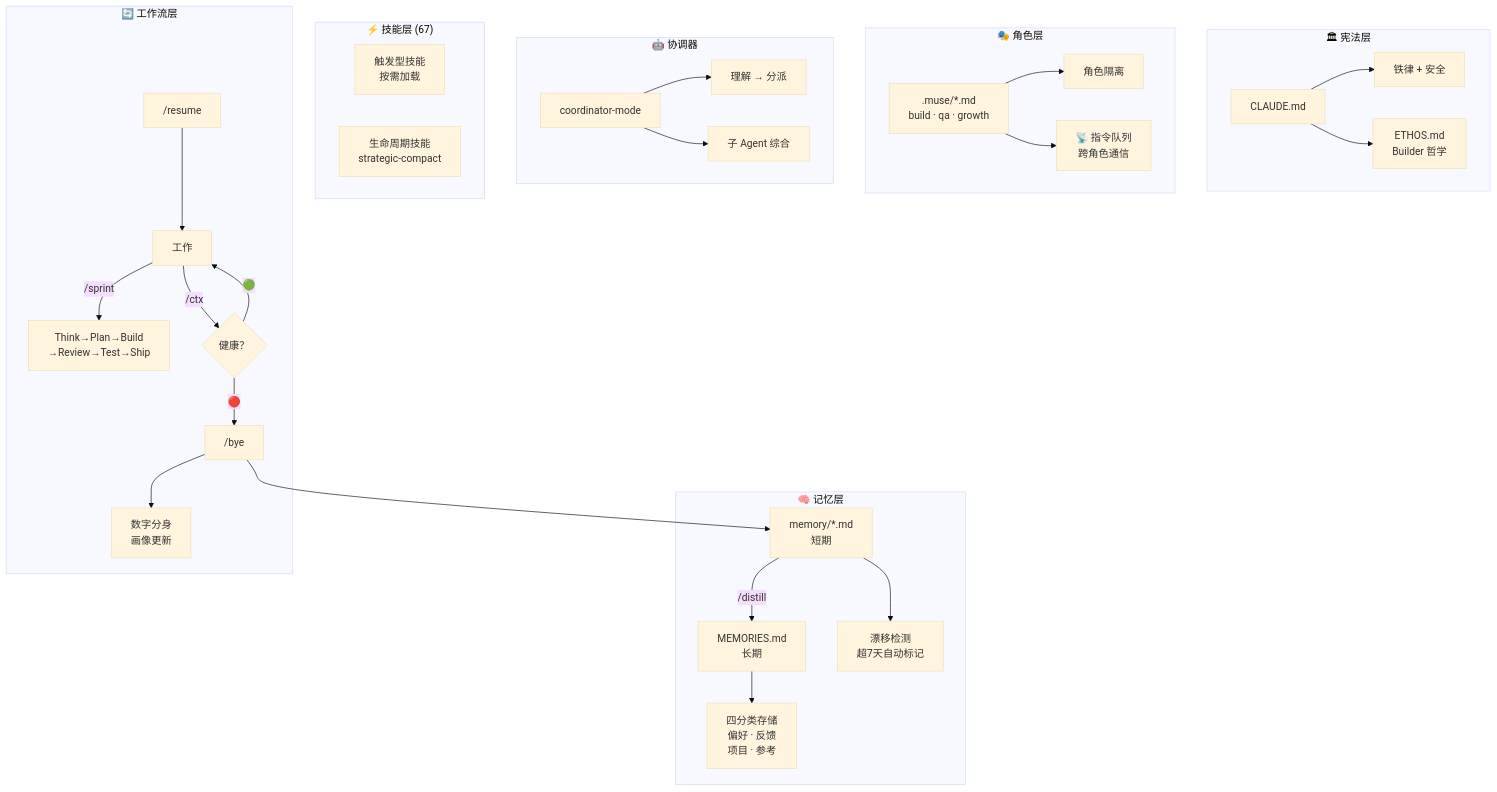
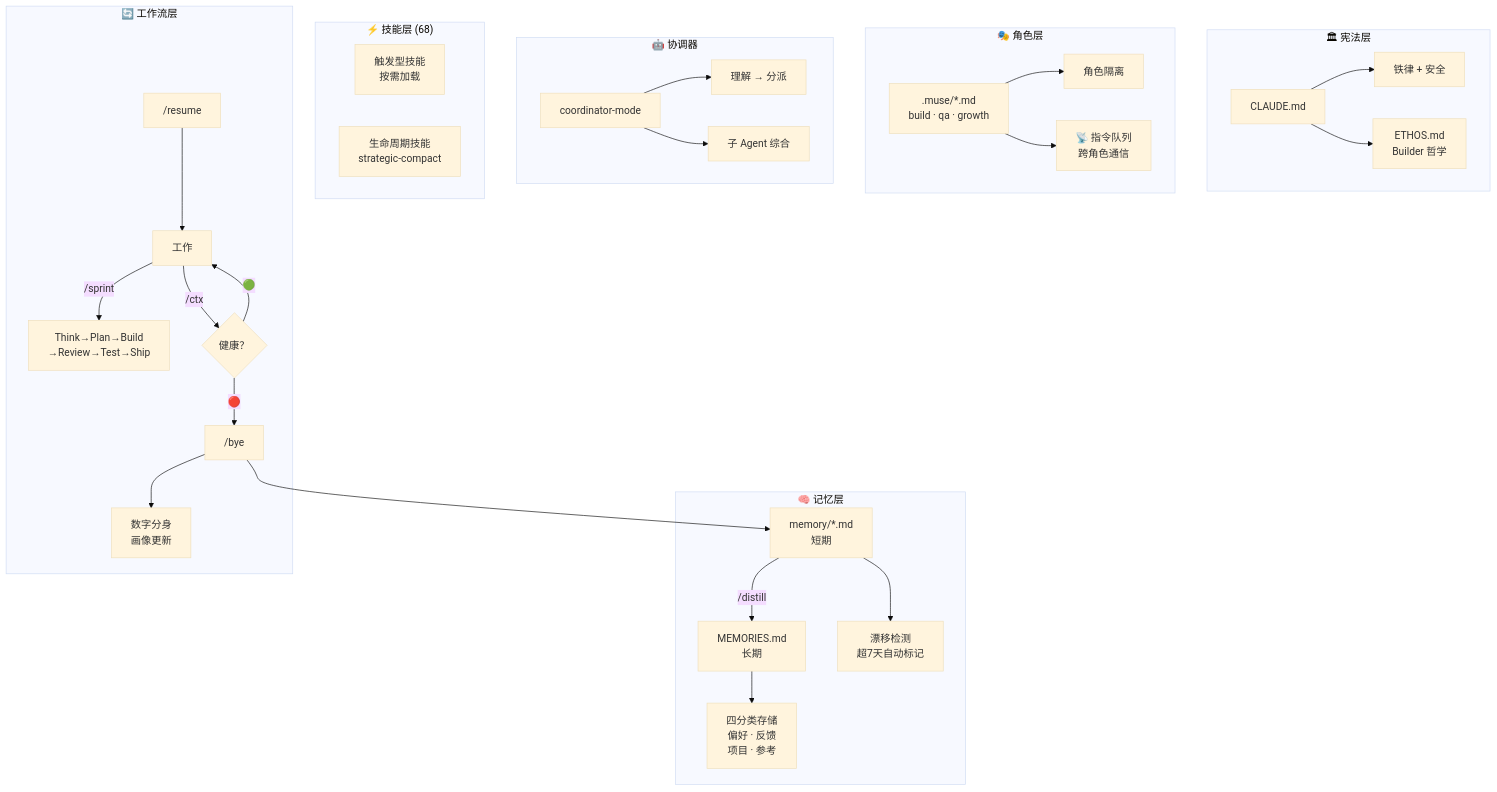
One commit to myths-labs/muse changed the diagram in README_CN.md. Above: the diagram before and after it, drawn with Mermaid (base theme). The commit also changed other lines of this file and 22 other files, not shown here.

````diff
--- a/README_CN.md
+++ b/README_CN.md
@@ -144,38 +144,38 @@
 ```mermaid
 graph TB
     subgraph "🏛 宪法层"
         A["CLAUDE.md"] --> B["铁律 + 安全"]
         A --> C["ETHOS.md<br/>Builder 哲学"]
     end
     
     subgraph "🎭 角色层"
         R[".muse/*.md<br/>build · qa · growth"] --> S["角色隔离"]
         R --> T["📡 指令队列<br/>跨角色通信"]
     end
     
     subgraph "🧠 记忆层"
         D["memory/*.md<br/>短期"] -->|"/distill"| E["MEMORIES.md<br/>长期"]
         D --> D1["漂移检测<br/>超7天自动标记"]
         E --> E1["四分类存储<br/>偏好 · 反馈<br/>项目 · 参考"]
     end
     
     subgraph "🤖 协调器"
         CO["coordinator-mode"] --> CO1["理解 → 分派"]
         CO --> CO2["子 Agent 综合"]
     end
     
-    subgraph "⚡ 技能层 (67)"
+    subgraph "⚡ 技能层 (68)"
         G["触发型技能<br/>按需加载"]
         H["生命周期技能<br/>strategic-compact"]
     end
     
     subgraph "🔄 工作流层"
         I["/resume"] --> J["工作"]
         J -->|"/sprint"| SP["Think→Plan→Build<br/>→Review→Test→Ship"]
         J -->|"/ctx"| K{"健康？"}
         K -->|"🟢"| J
         K -->|"🔴"| L["/bye"]
         L --> D
         L --> L1["数字分身<br/>画像更新"]
     end
 ```
````
